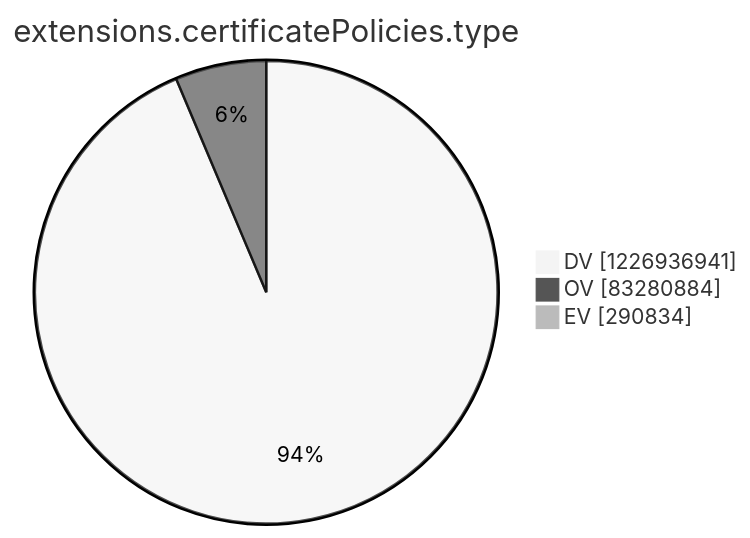
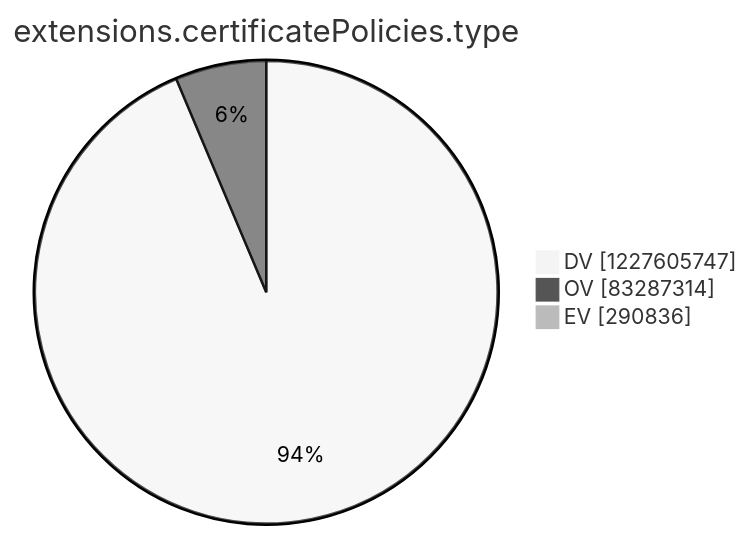
The tenth of 15 diagrams in argon2022/README.md (christiankrug/ctmonitor_visualization), drawn with Mermaid (neutral theme) before and after one commit. The commit also changed other lines of this file, not shown here.

````diff
--- a/argon2022/README.md
+++ b/argon2022/README.md
@@ -2770,7 +2770,7 @@
 ```mermaid
 pie showData
 title extensions.certificatePolicies.type
-"DV" :1226936941
-"OV" :83280884
-"EV" :290834
+"DV" :1227605747
+"OV" :83287314
+"EV" :290836
 ```
````
